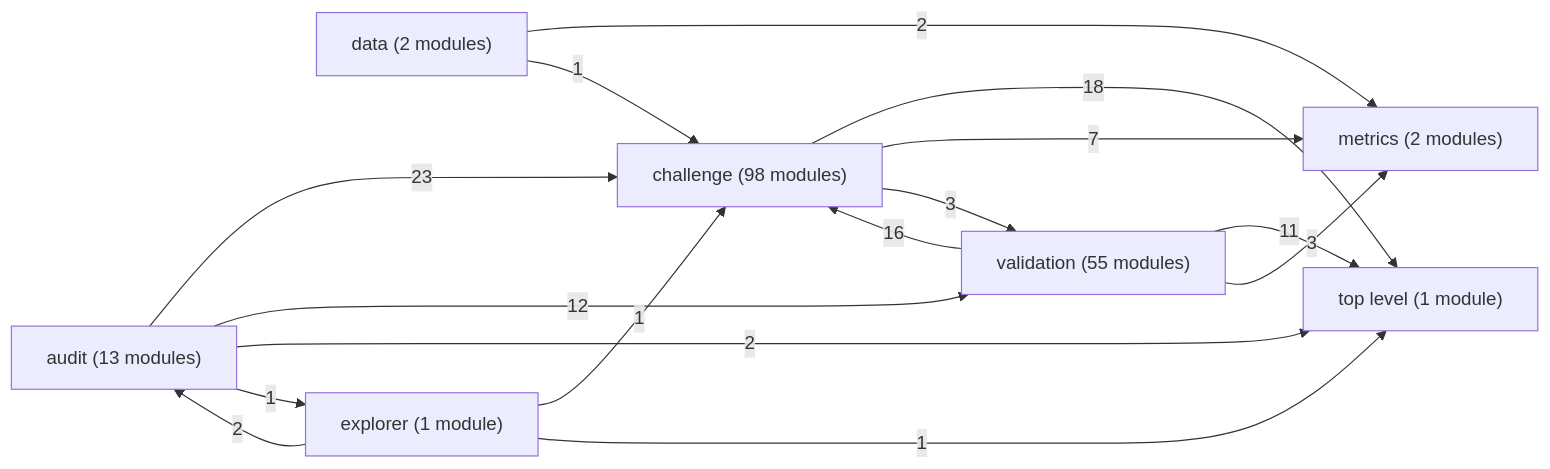
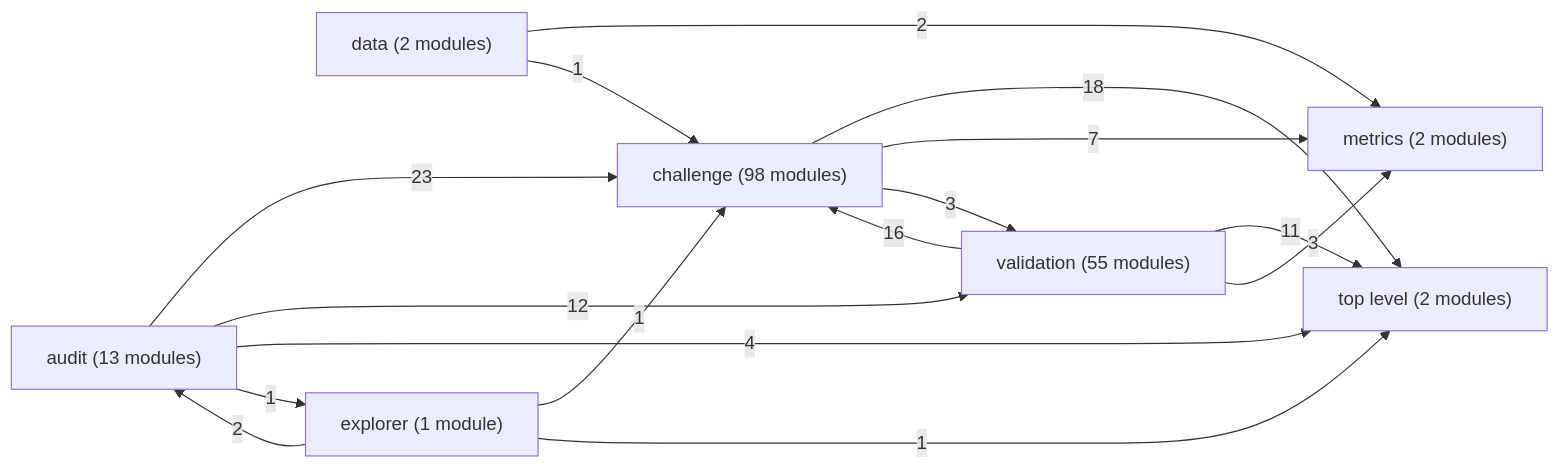
Before and after one commit to mohamedtalaat-gif/CYPMode: the diagram in docs/map/code.md, drawn with Mermaid. The commit also changed other lines of this file and 5 other files, not shown here.

````diff
--- a/docs/map/code.md
+++ b/docs/map/code.md
@@ -5,25 +5,25 @@
 ```mermaid
 flowchart LR
   challenge["challenge (98 modules)"]
   validation["validation (55 modules)"]
   audit["audit (13 modules)"]
   data["data (2 modules)"]
   metrics["metrics (2 modules)"]
+  top_level["top level (2 modules)"]
   explorer["explorer (1 module)"]
-  top_level["top level (1 module)"]
   audit -->|23| challenge
   challenge -->|18| top_level
   validation -->|16| challenge
   audit -->|12| validation
   validation -->|11| top_level
   challenge -->|7| metrics
+  audit -->|4| top_level
   challenge -->|3| validation
   validation -->|3| metrics
-  audit -->|2| top_level
   data -->|2| metrics
   explorer -->|2| audit
   audit -->|1| explorer
   data -->|1| challenge
   explorer -->|1| challenge
   explorer -->|1| top_level
 ```
````
